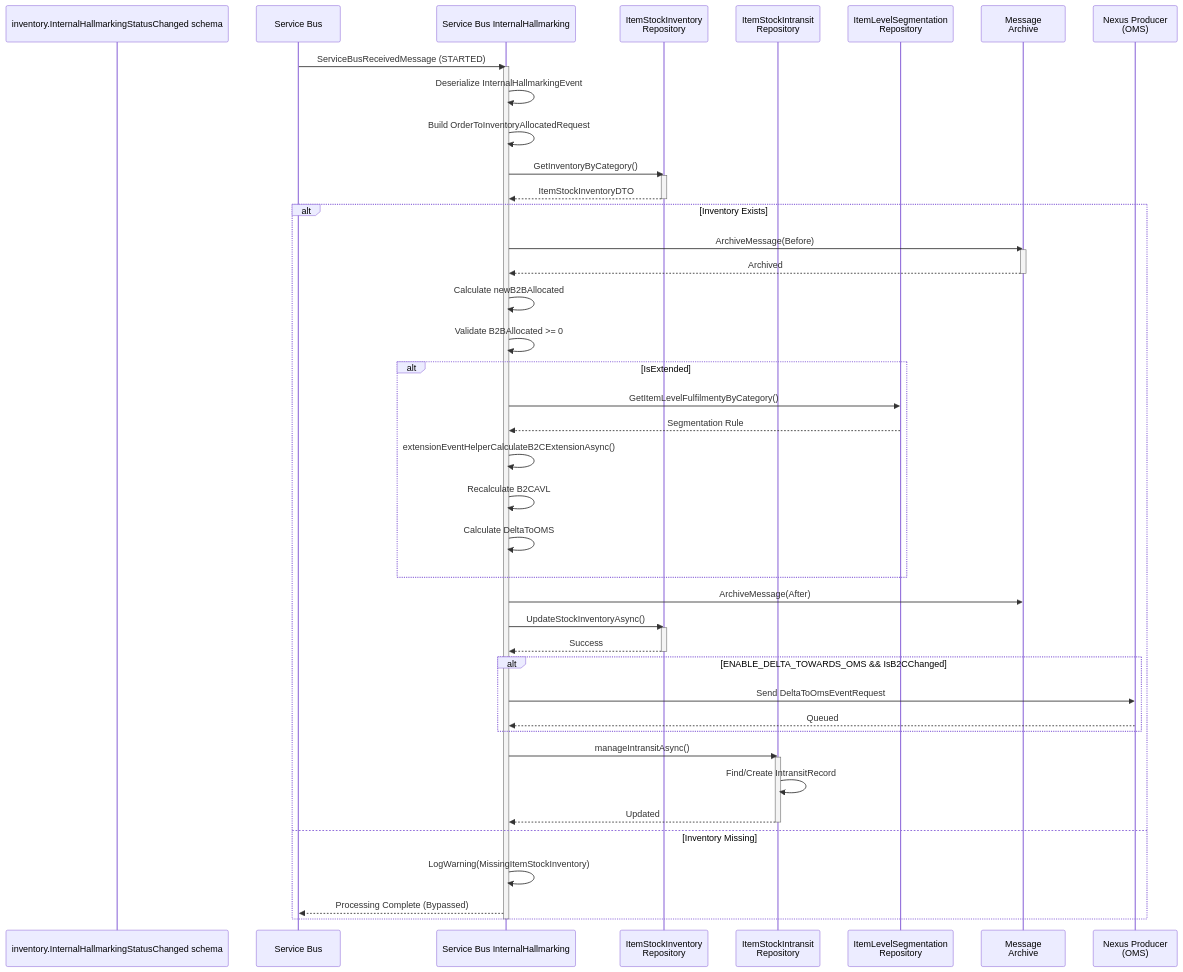
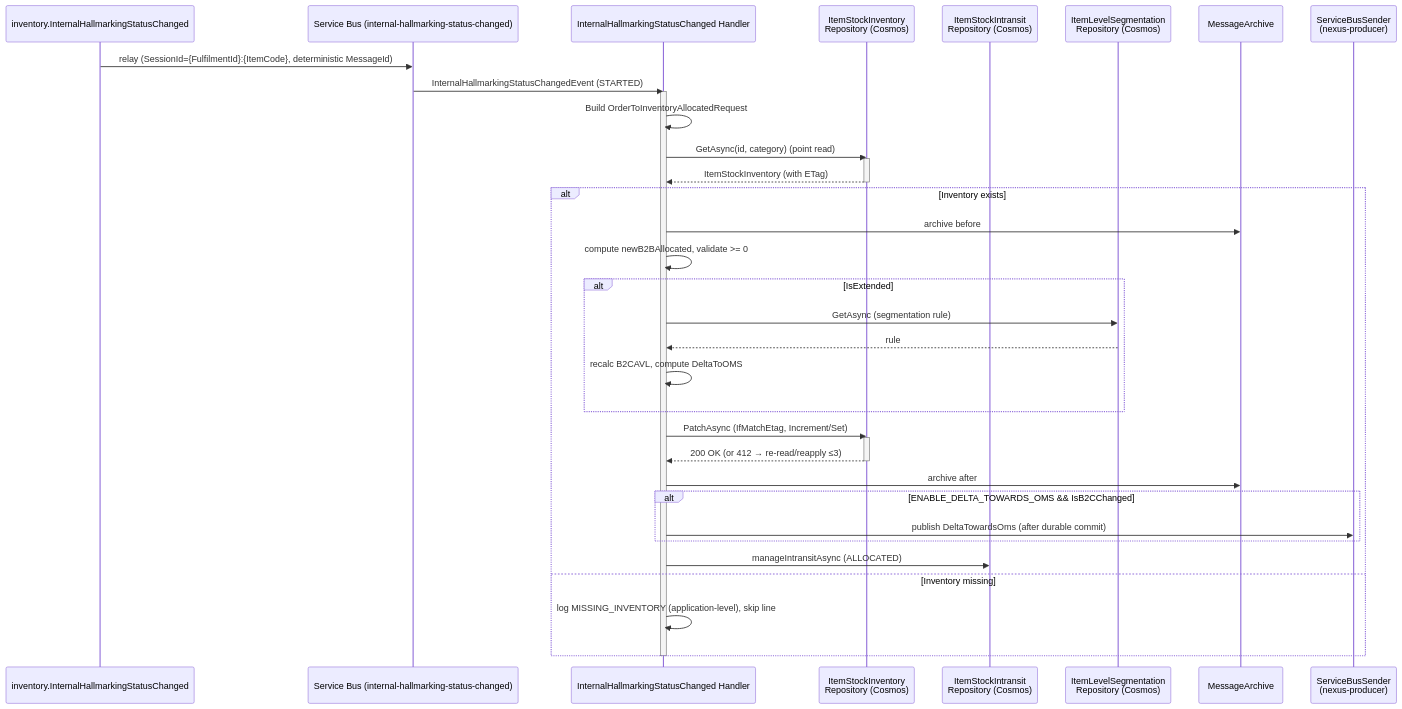
The first of 2 diagrams in docs/events/inventory.InternalHallmarkingStatusChanged.md (prabhum-tarento/integration-prompt-setup-k8), drawn with Mermaid before and after one commit. The commit also changed other lines of this file and 18 other files, not shown here.

````diff
--- a/docs/events/inventory.InternalHallmarkingStatusChanged.md
+++ b/docs/events/inventory.InternalHallmarkingStatusChanged.md
@@ -957,63 +673,41 @@
 ```mermaid
 sequenceDiagram
-    participant Kafka as inventory.InternalHallmarkingStatusChanged schema
-    participant SB as Service Bus
-    participant Trigger as Service Bus InternalHallmarking
-    participant Inv as ItemStockInventory<br/>Repository
-    participant Transit as ItemStockIntransit<br/>Repository
-    participant Seg as ItemLevelSegmentation<br/>Repository
-    participant Archive as Message<br/>Archive
-    participant OMS as Nexus Producer<br/>(OMS)
+    participant Kafka as inventory.InternalHallmarkingStatusChanged
+    participant SB as Service Bus (internal-hallmarking-status-changed)
+    participant Handler as InternalHallmarkingStatusChanged Handler
+    participant Inv as ItemStockInventory<br/>Repository (Cosmos)
+    participant Transit as ItemStockIntransit<br/>Repository (Cosmos)
+    participant Seg as ItemLevelSegmentation<br/>Repository (Cosmos)
+    participant Archive as MessageArchive
+    participant Sender as ServiceBusSender<br/>(nexus-producer)
 
-    SB->>Trigger: ServiceBusReceivedMessage (STARTED)
-    activate Trigger
-    
-    Trigger->>Trigger: Deserialize InternalHallmarkingEvent
-    Trigger->>Trigger: Build OrderToInventoryAllocatedRequest
-    
-    Trigger->>Inv: GetInventoryByCategory()
+    Kafka->>SB: relay (SessionId={FulfilmentId}:{ItemCode}, deterministic MessageId)
+    SB->>Handler: InternalHallmarkingStatusChangedEvent (STARTED)
+    activate Handler
+    Handler->>Handler: Build OrderToInventoryAllocatedRequest
+    Handler->>Inv: GetAsync(id, category)  (point read)
     activate Inv
-    Inv-->>Trigger: ItemStockInventoryDTO
+    Inv-->>Handler: ItemStockInventory (with ETag)
     deactivate Inv
-    
-    alt Inventory Exists
-        Trigger->>Archive: ArchiveMessage(Before)
-        activate Archive
-        Archive-->>Trigger: Archived
-        deactivate Archive
-        
-        Trigger->>Trigger: Calculate newB2BAllocated
-        Trigger->>Trigger: Validate B2BAllocated >= 0
-        
+    alt Inventory exists
+        Handler->>Archive: archive before
+        Handler->>Handler: compute newB2BAllocated, validate >= 0
         alt IsExtended
-            Trigger->>Seg: GetItemLevelFulfilmentyByCategory()
-            Seg-->>Trigger: Segmentation Rule
-            Trigger->>Trigger: extensionEventHelperCalculateB2CExtensionAsync()
-            Trigger->>Trigger: Recalculate B2CAVL
-            Trigger->>Trigger: Calculate DeltaToOMS
+            Handler->>Seg: GetAsync (segmentation rule)
+            Seg-->>Handler: rule
+            Handler->>Handler: recalc B2CAVL, compute DeltaToOMS
         end
-        
-        Trigger->>Archive: ArchiveMessage(After)
-        Trigger->>Inv: UpdateStockInventoryAsync()
+        Handler->>Inv: PatchAsync (IfMatchEtag, Increment/Set)
         activate Inv
-        Inv-->>Trigger: Success
+        Inv-->>Handler: 200 OK (or 412 → re-read/reapply ≤3)
         deactivate Inv
-        
+        Handler->>Archive: archive after
         alt ENABLE_DELTA_TOWARDS_OMS && IsB2CChanged
-            Trigger->>OMS: Send DeltaToOmsEventRequest
-            OMS-->>Trigger: Queued
+            Handler->>Sender: publish DeltaTowardsOms (after durable commit)
         end
-        
-        Trigger->>Transit: manageIntransitAsync()
-        activate Transit
-        Transit->>Transit: Find/Create IntransitRecord
-        Transit-->>Trigger: Updated
-        deactivate Transit
-        
-    else Inventory Missing
-        Trigger->>Trigger: LogWarning(MissingItemStockInventory)
-        Trigger-->>SB: Processing Complete (Bypassed)
+        Handler->>Transit: manageIntransitAsync (ALLOCATED)
+    else Inventory missing
+        Handler->>Handler: log MISSING_INVENTORY (application-level), skip line
     end
-    
-    deactivate Trigger
+    deactivate Handler
 ```
````
